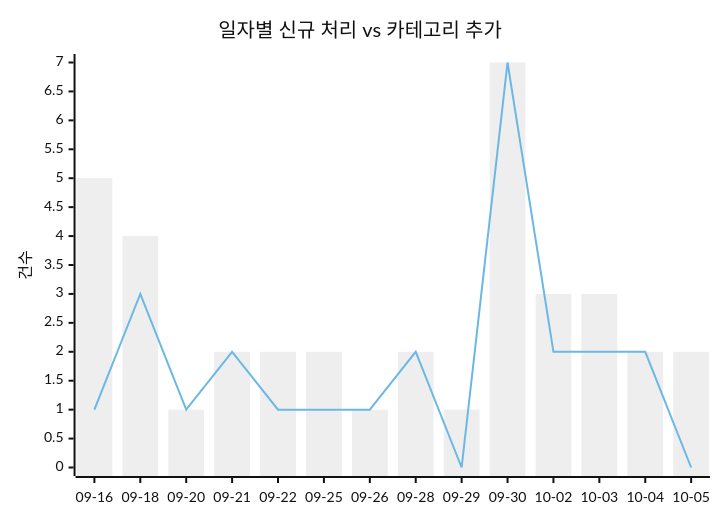
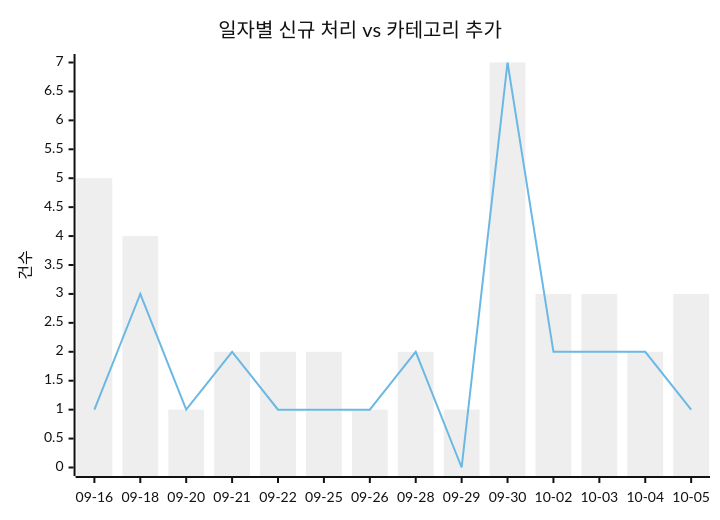
The first of 2 diagrams in docs/trends.md (J-nowcow/awesome-korean-agent-skills), drawn with Mermaid (neutral theme) before and after one commit. The commit also changed other lines of this file and 3 other files, not shown here.

````diff
--- a/docs/trends.md
+++ b/docs/trends.md
@@ -32,8 +32,8 @@
 ```mermaid
 xychart-beta
     title "일자별 신규 처리 vs 카테고리 추가"
     x-axis ["09-16","09-18","09-20","09-21","09-22","09-25","09-26","09-28","09-29","09-30","10-02","10-03","10-04","10-05"]
     y-axis "건수"
-    bar [5,4,1,2,2,2,1,2,1,7,3,3,2,2]
-    line [1,3,1,2,1,1,1,2,0,7,2,2,2,0]
+    bar [5,4,1,2,2,2,1,2,1,7,3,3,2,3]
+    line [1,3,1,2,1,1,1,2,0,7,2,2,2,1]
 ```
````
